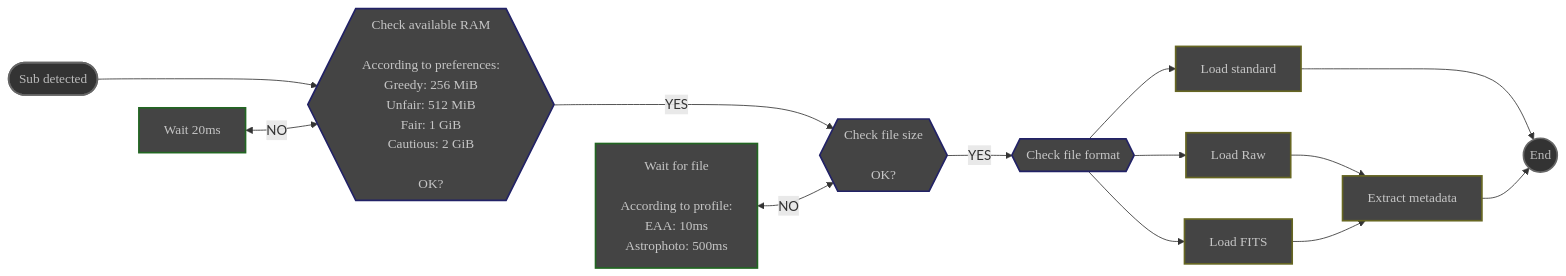
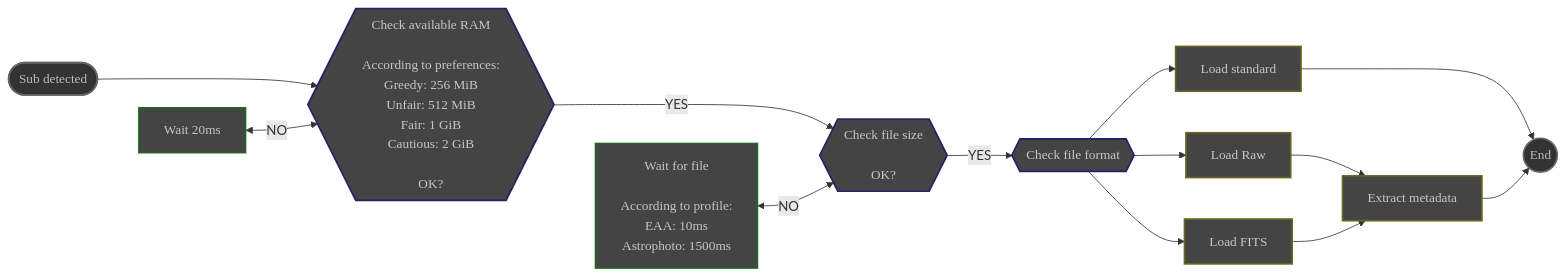
One commit to deufrai/als changed the diagram in website/content/en/docs/v0.7/reference/modules/scanner.md. Above: the diagram before and after it, drawn with Mermaid. The commit also changed 5 other files, not shown here.

Commit message:
Fix scanner module mermaid labels

````diff
--- a/website/content/en/docs/v0.7/reference/modules/scanner.md
+++ b/website/content/en/docs/v0.7/reference/modules/scanner.md
@@ -62,56 +62,56 @@
 ```mermaid
 flowchart LR
     START([Sub detected])
     
-    WAIT_FILE[Wait for file<br><br>According to profile:<br>EAA: 10ms<br>Astrophoto: 500ms]    
+    WAIT_FILE[Wait for file<br><br>According to profile:<br>EAA: 10ms<br>Astrophoto: 1500ms]
     WAIT_RAM[Wait 20ms]
     
     CHECK_RAM{{Check available RAM<br><br>According to preferences:<br>Greedy: 256 MiB<br>Unfair: 512 MiB<br>Fair: 1 GiB<br>Cautious: 2 GiB<br><br>OK?}}
     CHECK_SIZE{{Check file size<br><br>OK?}}
     TEST_FORMAT{{Check file format}}
     
     FITS[Load FITS]
     STANDARD[Load standard]
     RAW[Load Raw]
     
     METADATA[Extract metadata]
     
     END((End))
     
     START ---> CHECK_RAM   
     WAIT_RAM <-->|NO| CHECK_RAM
  
     
     CHECK_RAM --->|YES| CHECK_SIZE
     WAIT_FILE <-->|NO| CHECK_SIZE   
     CHECK_SIZE -->|YES| TEST_FORMAT
 
     TEST_FORMAT -->  FITS
     TEST_FORMAT -->  STANDARD
     TEST_FORMAT -->  RAW
     
 
     RAW --> METADATA
     FITS --> METADATA
     
     STANDARD ---> END
     METADATA --> END
     
     classDef bounds fill: #333, stroke: #666, stroke-width: 2px, color: #BBB, font-family: 'Poppins', sans-serif
     classDef step fill: #444, stroke: #662, stroke-width:2px, color: #c6c6c6, font-family: 'Poppins',sans-serif
     classDef wait  fill: #444, stroke: #262,stroke-width: 2px, color: #c6c6c6, font-family:'Poppins', sans-serif
     classDef test fill: #444, stroke: #226, stroke-width: 2px, color: #c6c6c6, font-family: 'Poppins', sans-serif
     
     class START bounds
     class WAIT_FILE wait
     class WAIT_RAM wait
     class CHECK_RAM test
     class CHECK_SIZE test
     class TEST_FORMAT test
     class FITS step
     class STANDARD step
     class RAW step
     class METADATA step
     class END bounds
 
 ```
````
